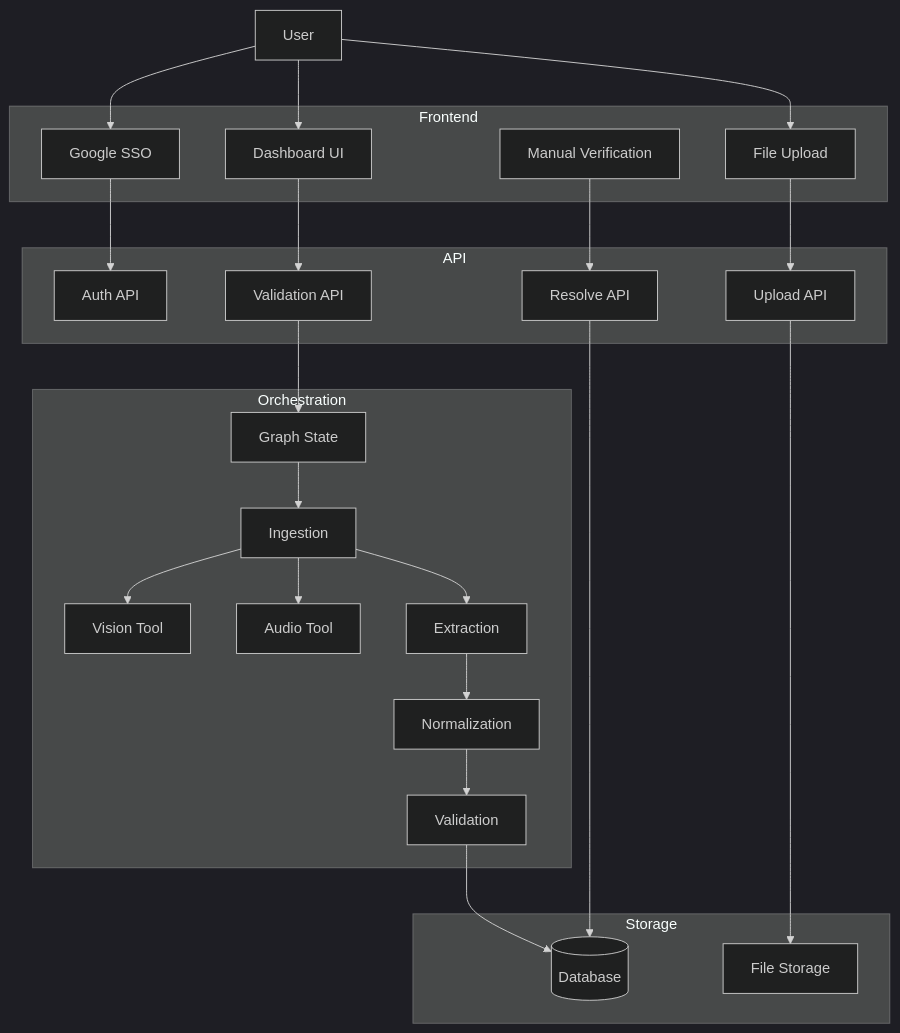
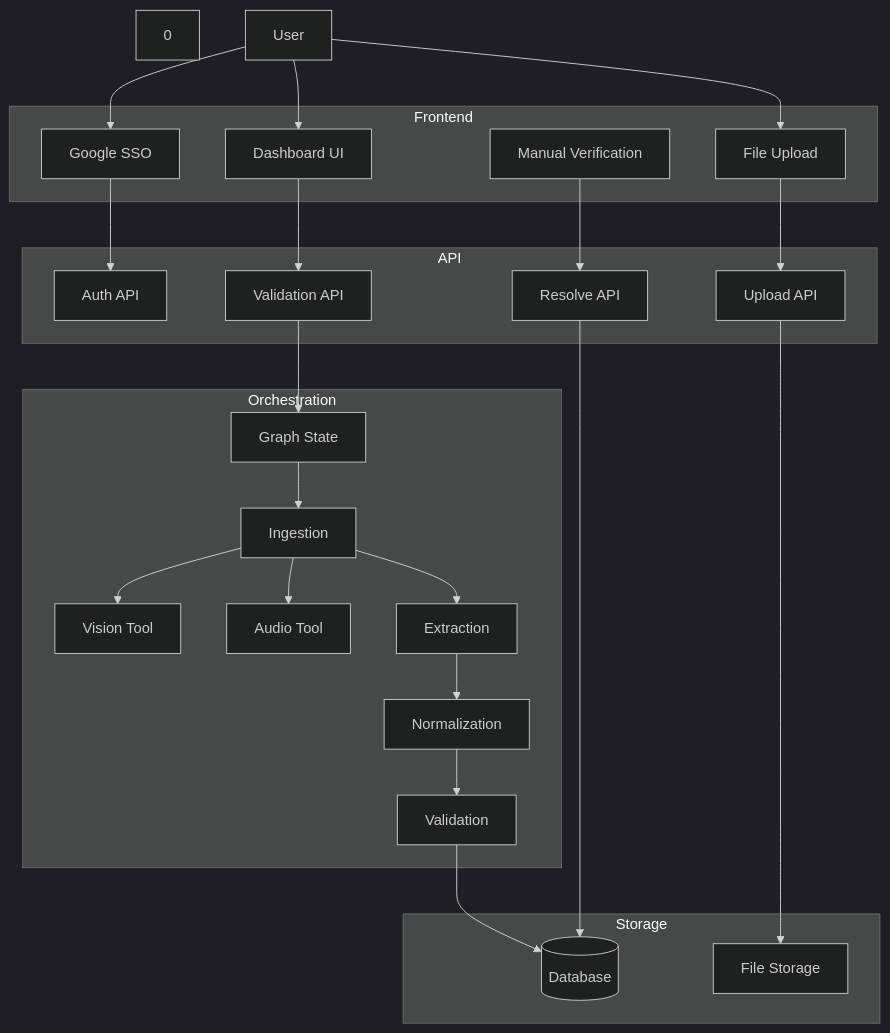
One commit to bhatadarsh/OnBoard-Verification changed the diagram in README.md. Above: the diagram before and after it, drawn with Mermaid (dark theme). The commit also changed 37 other files, not shown here.

````diff
--- a/README.md
+++ b/README.md
@@ -11,57 +11,57 @@
 ```mermaid
 graph TD
     %% Frontend
     subgraph Frontend
         UI[Dashboard UI]
         Auth[Google SSO]
         Upload[File Upload]
         Verify[Manual Verification]
     end
 
     %% API
     subgraph API
         API_G[Auth API]
         API_U[Upload API]
         API_V[Validation API]
         API_R[Resolve API]
     end
-
+0
     %% Orchestration
     subgraph Orchestration
         State[Graph State]
 
         Ingest[Ingestion]
         OCR[Vision Tool]
         Audio[Audio Tool]
         Extract[Extraction]
         Normalize[Normalization]
         Validate[Validation]
     end
 
     %% Storage
     subgraph Storage
         DB[(Database)]
         FS[File Storage]
     end
 
     %% Flows
     User --> Auth --> API_G
     User --> Upload --> API_U
     API_U --> FS
 
     User --> UI --> API_V
     API_V --> State
     State --> Ingest
 
     Ingest --> OCR
     Ingest --> Audio
     Ingest --> Extract
 
     Extract --> Normalize
     Normalize --> Validate
 
     Validate --> DB
     Verify --> API_R
     API_R --> DB
 
 ```
````
